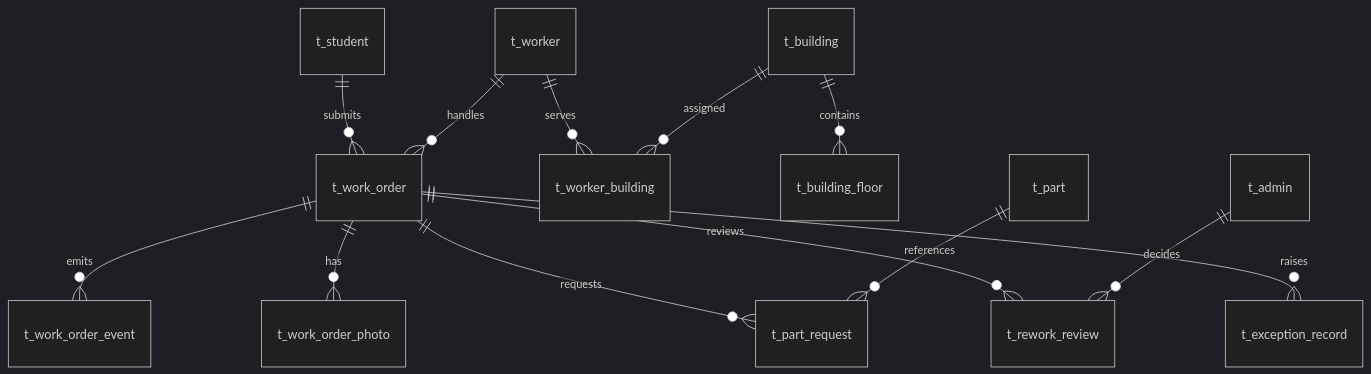
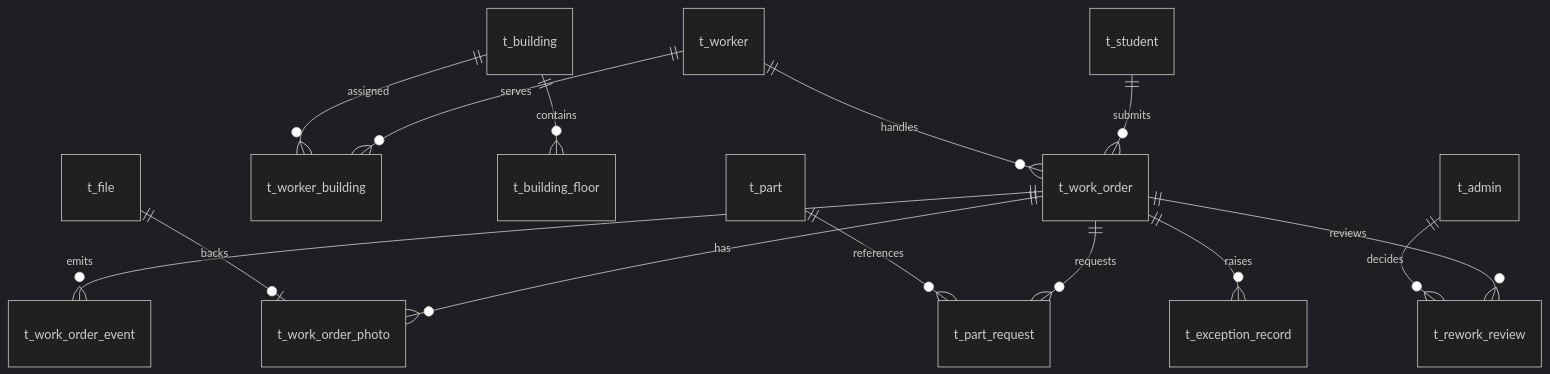
Before and after one commit to zengxiangpeng123/dorm-repair: the diagram in docs/03_系统设计/系统开发设计/05-数据库表设计.md, drawn with Mermaid (dark theme). The commit also changed other lines of this file and 52 other files, not shown here.

````diff
--- a/docs/03_系统设计/系统开发设计/05-数据库表设计.md
+++ b/docs/03_系统设计/系统开发设计/05-数据库表设计.md
@@ -58,15 +59,16 @@
 ```mermaid
 erDiagram
   t_student ||--o{ t_work_order : submits
   t_worker ||--o{ t_work_order : handles
   t_worker ||--o{ t_worker_building : serves
   t_building ||--o{ t_worker_building : assigned
   t_building ||--o{ t_building_floor : contains
   t_work_order ||--o{ t_work_order_event : emits
   t_work_order ||--o{ t_work_order_photo : has
+  t_file ||--o| t_work_order_photo : backs
   t_work_order ||--o{ t_part_request : requests
   t_part ||--o{ t_part_request : references
   t_work_order ||--o{ t_rework_review : reviews
   t_admin ||--o{ t_rework_review : decides
   t_work_order ||--o{ t_exception_record : raises
 ```
````
